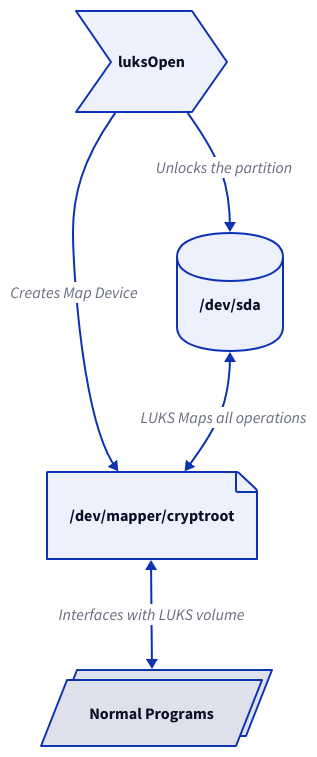
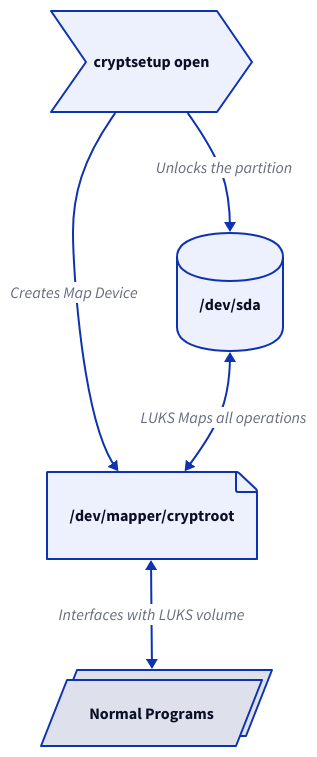
One commit to Bwc9876/dgang changed the second of 3 diagrams in src/content/docs/epilogue/luks-secure-boot.mdx. Above: the diagram before and after it, drawn with D2. The commit also changed other lines of this file, not shown here.

````diff
--- a/src/content/docs/epilogue/luks-secure-boot.mdx
+++ b/src/content/docs/epilogue/luks-secure-boot.mdx
@@ -63,14 +63,14 @@
 ```d2
-"luksOpen" : { shape: step }
+"cryptsetup open" : { shape: step }
 "/dev/sda" : { shape: cylinder }
 "/dev/mapper/cryptroot" : { shape: page }
 "Normal Programs" : { 
   shape: parallelogram 
   style.multiple: true
 }
 
-"/dev/sda" <- "luksOpen" : Unlocks the partition
-"luksOpen" -> "/dev/mapper/cryptroot" : Creates Map Device
+"/dev/sda" <- "cryptsetup open" : Unlocks the partition
+"cryptsetup open" -> "/dev/mapper/cryptroot" : Creates Map Device
 "/dev/sda" <-> "/dev/mapper/cryptroot" : LUKS Maps all operations
 "/dev/mapper/cryptroot" <-> "Normal Programs" : Interfaces with LUKS volume
 ```
````
